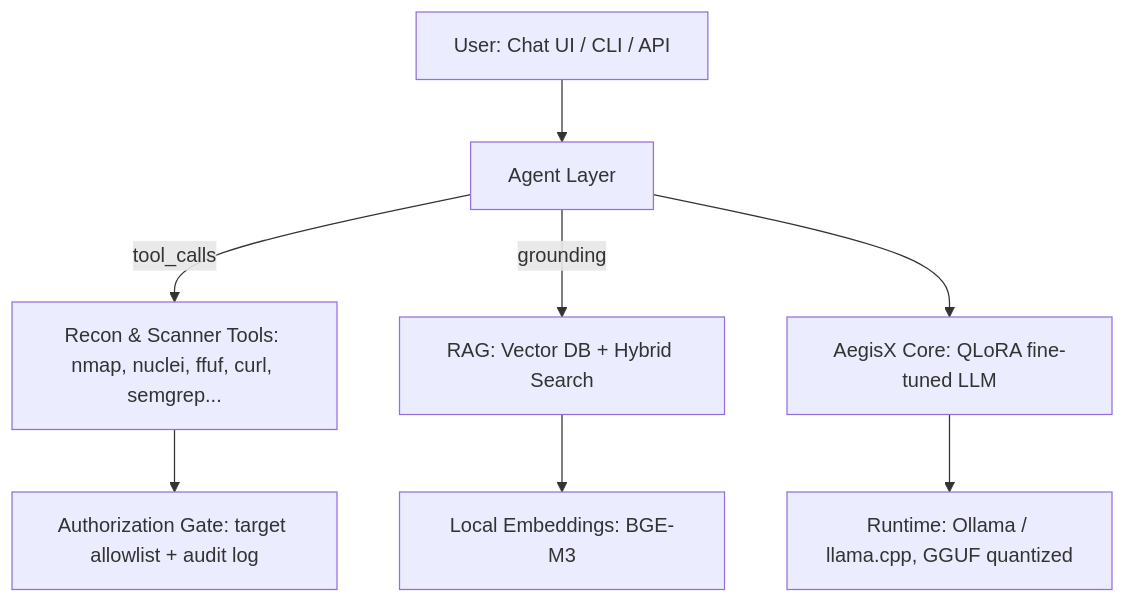
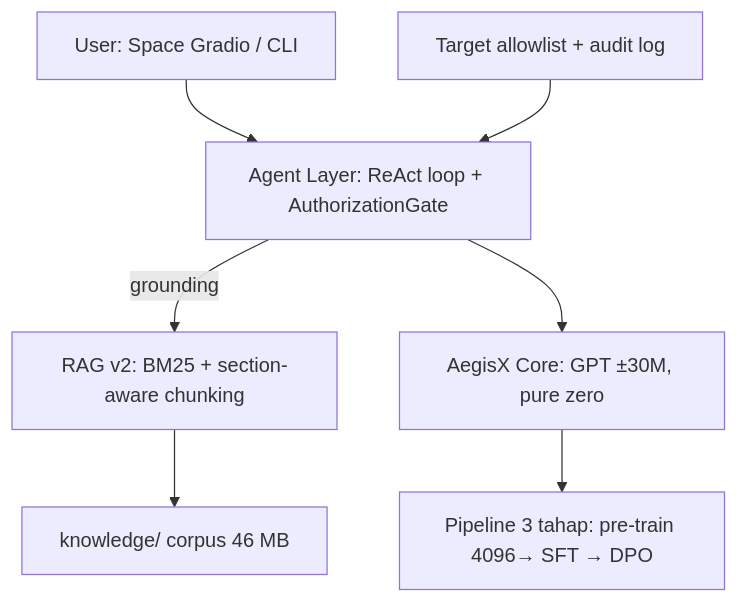
One commit to FerzDevZ/AegisX changed the diagram in RFC.md. Above: the diagram before and after it, drawn with Mermaid. The commit also changed other lines of this file and 4 other files, not shown here.

````diff
--- a/RFC.md
+++ b/RFC.md
@@ -23,10 +37,9 @@
 ```mermaid
 graph TD
-    U[User: Chat UI / CLI / API] --> A[Agent Layer]
-    A -->|tool_calls| T[Recon & Scanner Tools: nmap, nuclei, ffuf, curl, semgrep...]
-    A -->|grounding| R[RAG: Vector DB + Hybrid Search]
-    A --> M[AegisX Core: QLoRA fine-tuned LLM]
-    M --> O[Runtime: Ollama / llama.cpp, GGUF quantized]
-    R --> E[Local Embeddings: BGE-M3]
-    T --> G[Authorization Gate: target allowlist + audit log]
+    U[User: Space Gradio / CLI] --> A[Agent Layer: ReAct loop + AuthorizationGate]
+    A -->|grounding| R[RAG v2: BM25 + section-aware chunking]
+    A --> M[AegisX Core: GPT ±30M, pure zero]
+    M --> P[Pipeline 3 tahap: pre-train 4096→ SFT → DPO]
+    R --> K[knowledge/ corpus 46 MB]
+    T[Target allowlist + audit log] --> A
 ```
````
